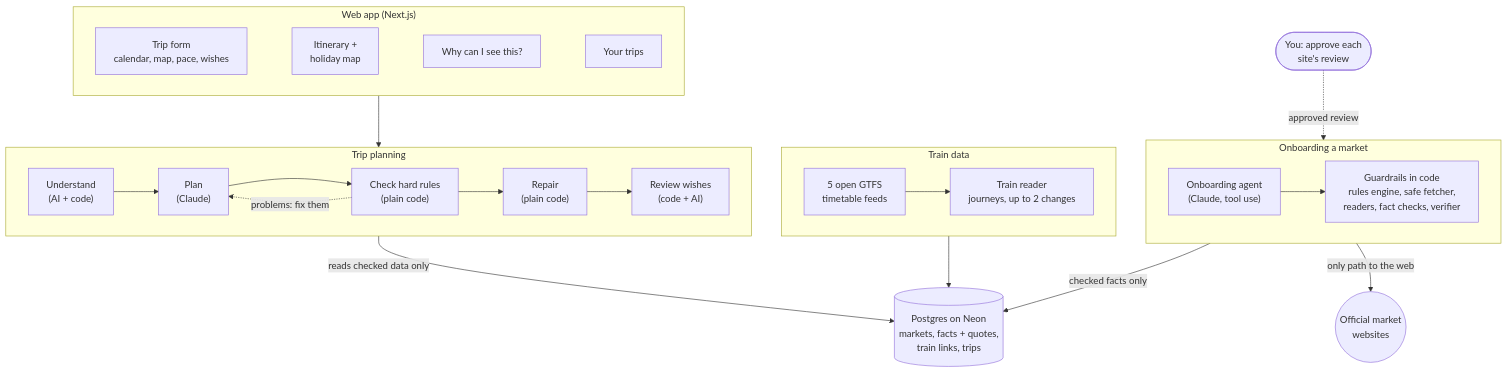
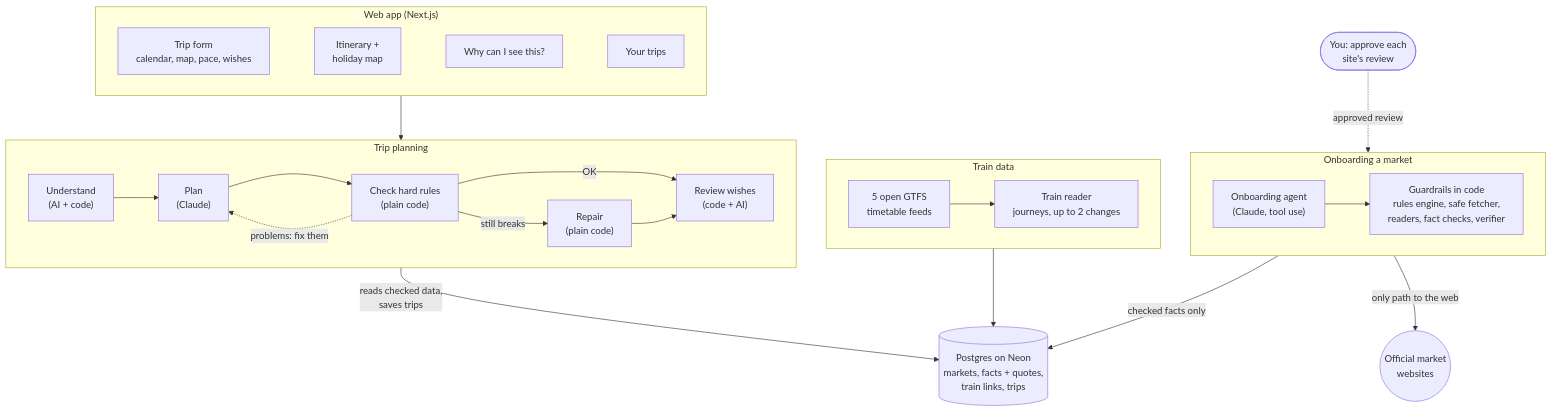
The second of 3 diagrams in README.md (Pallavi25Kishore/MerryMapped), drawn with Mermaid before and after one commit. The commit also changed other lines of this file, not shown here.

First line of the commit message:
README: checked against the code and corrected

````diff
--- a/README.md
+++ b/README.md
@@ -155,34 +158,36 @@
 ```mermaid
 flowchart TB
   subgraph APP["Web app (Next.js)"]
     direction LR
     F["Trip form<br/>calendar, map, pace, wishes"] ~~~ IT["Itinerary +<br/>holiday map"] ~~~ WHY["Why can I see this?"] ~~~ YT["Your trips"]
   end
 
   subgraph API["Trip planning"]
     direction LR
-    UN["Understand<br/>(AI + code)"] --> PL["Plan<br/>(Claude)"] --> CK["Check hard rules<br/>(plain code)"] --> RP["Repair<br/>(plain code)"] --> WR["Review wishes<br/>(code + AI)"]
+    UN["Understand<br/>(AI + code)"] --> PL["Plan<br/>(Claude)"] --> CK["Check hard rules<br/>(plain code)"]
+    CK -- "OK" --> WR["Review wishes<br/>(code + AI)"]
+    CK -- "still breaks" --> RP["Repair<br/>(plain code)"] --> WR
     CK -. "problems: fix them" .-> PL
   end
 
   subgraph ONB["Onboarding a market"]
     direction LR
     AG["Onboarding agent<br/>(Claude, tool use)"] --> TOOLS["Guardrails in code<br/>rules engine, safe fetcher,<br/>readers, fact checks, verifier"]
   end
 
   subgraph TRAINS["Train data"]
     direction LR
     GTFS["5 open GTFS<br/>timetable feeds"] --> RD["Train reader<br/>journeys, up to 2 changes"]
   end
 
   YOU(["You: approve each<br/>site's review"])
   DB[("Postgres on Neon<br/>markets, facts + quotes,<br/>train links, trips")]
   WEB(("Official market<br/>websites"))
 
   APP --> API
-  API -- "reads checked data only" --> DB
+  API -- "reads checked data,<br/>saves trips" --> DB
   YOU -. "approved review" .-> TOOLS
   TOOLS -- "only path to the web" --> WEB
   TOOLS -- "checked facts only" --> DB
   RD --> DB
 ```
````
